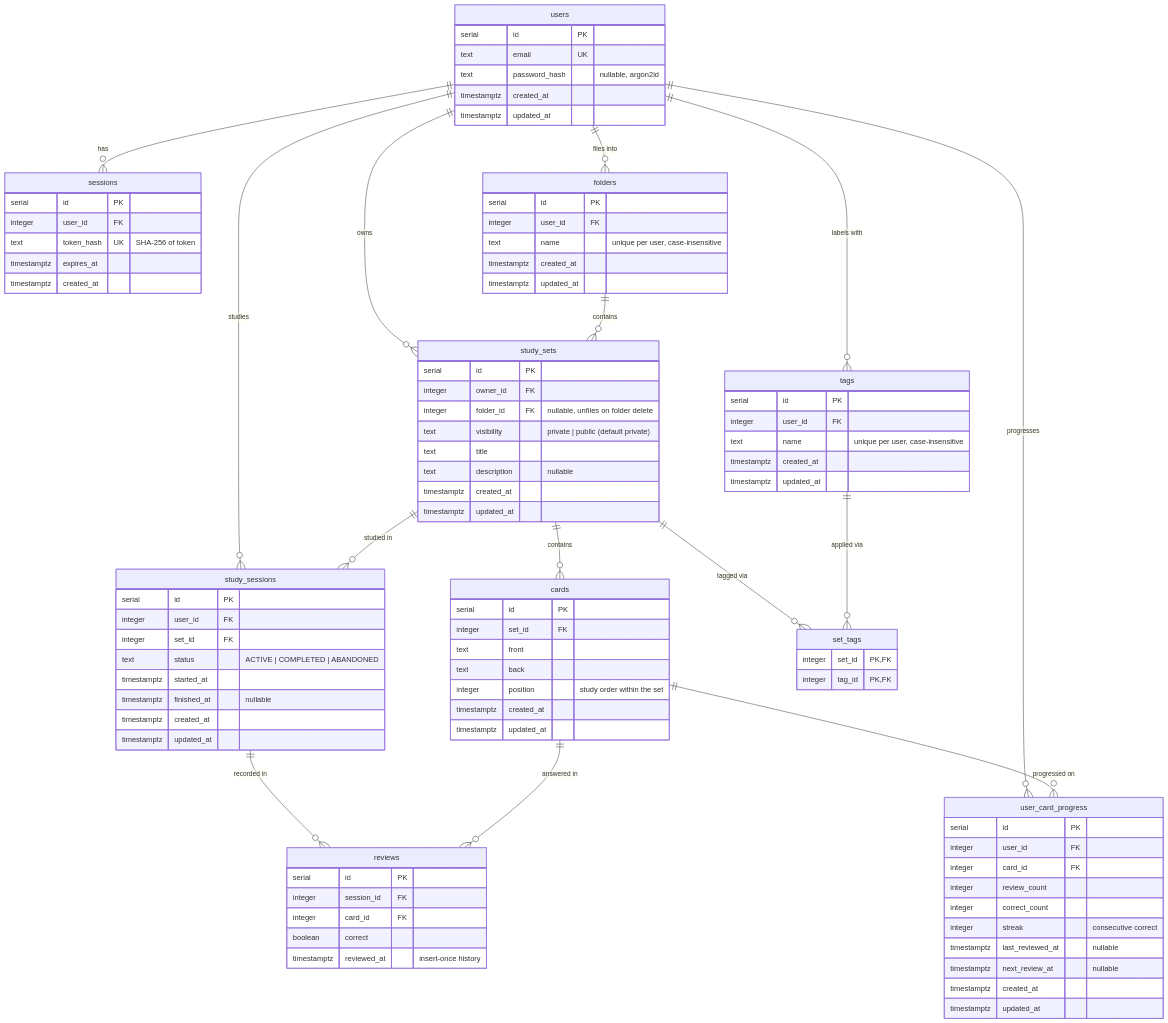
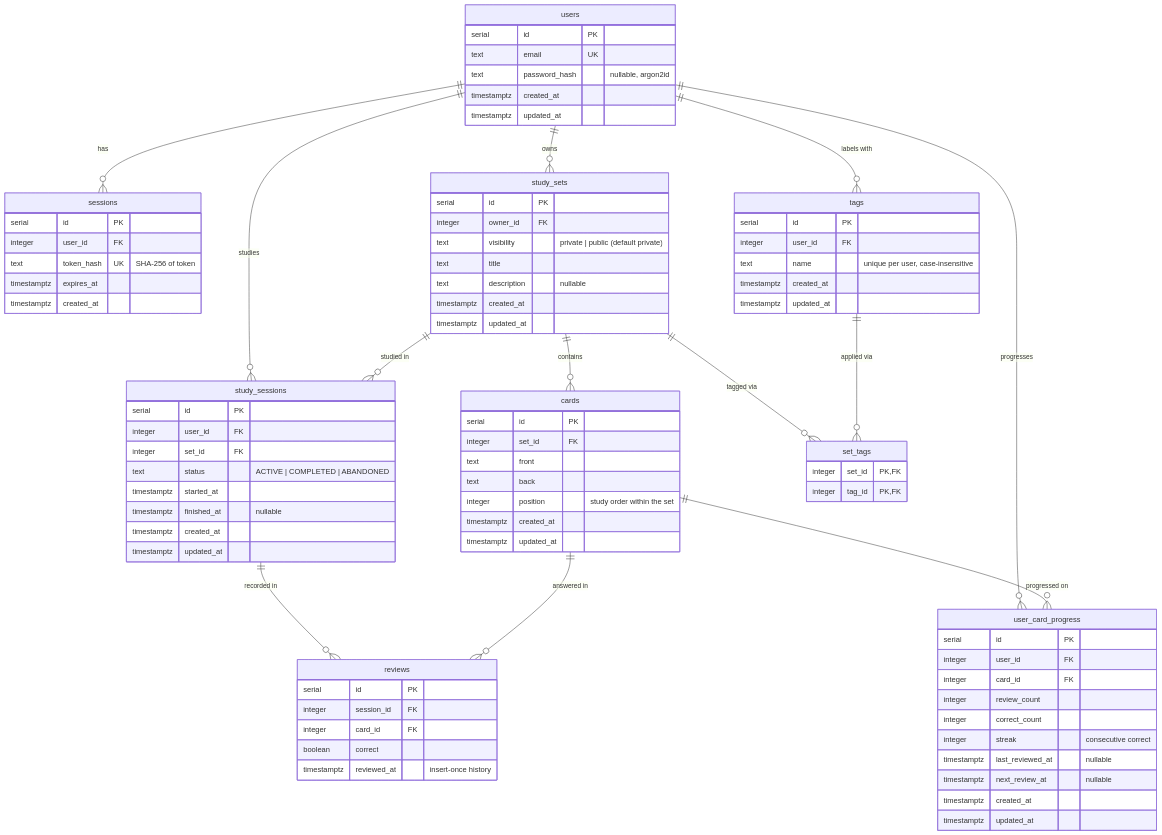
One commit to danisolation/recall changed the diagram in docs/database/schema.md. Above: the diagram before and after it, drawn with Mermaid. The commit also changed other lines of this file and 6 other files, not shown here.

Commit message:
feat(db): drop the folders table and folder_id column

````diff
--- a/docs/database/schema.md
+++ b/docs/database/schema.md
@@ -150,8 +137,6 @@
     users ||--o{ tags : "labels with"
     study_sets ||--o{ set_tags : "tagged via"
     tags ||--o{ set_tags : "applied via"
-    users ||--o{ folders : "files into"
-    folders ||--o{ study_sets : "contains"
     users {
         serial id PK
         text email UK
@@ -169,7 +154,6 @@
     study_sets {
         serial id PK
         integer owner_id FK
-        integer folder_id FK "nullable, unfiles on folder delete"
         text visibility "private | public (default private)"
         text title
         text description "nullable"
@@ -225,11 +209,4 @@
         integer set_id PK, FK
         integer tag_id PK, FK
     }
-    folders {
-        serial id PK
-        integer user_id FK
-        text name "unique per user, case-insensitive"
-        timestamptz created_at
-        timestamptz updated_at
-    }
 ```
````
